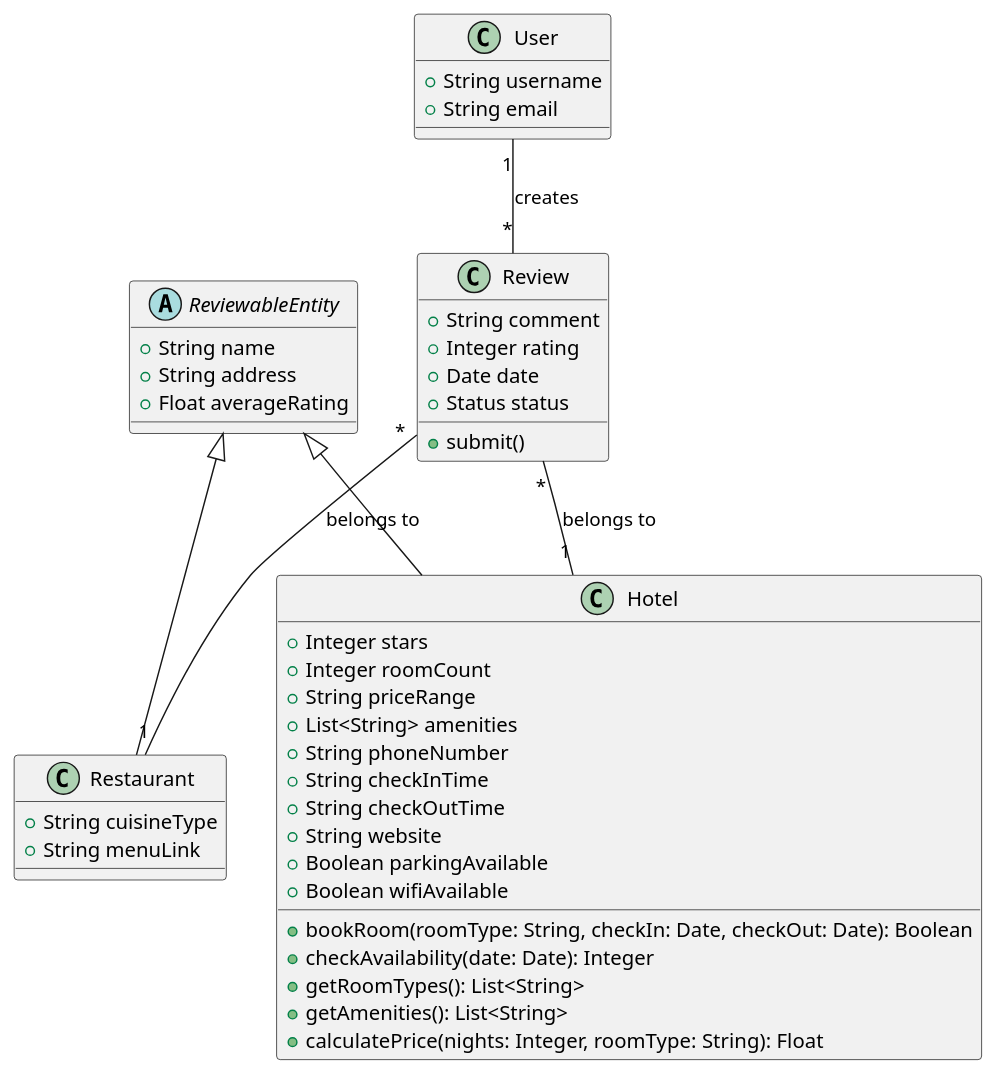
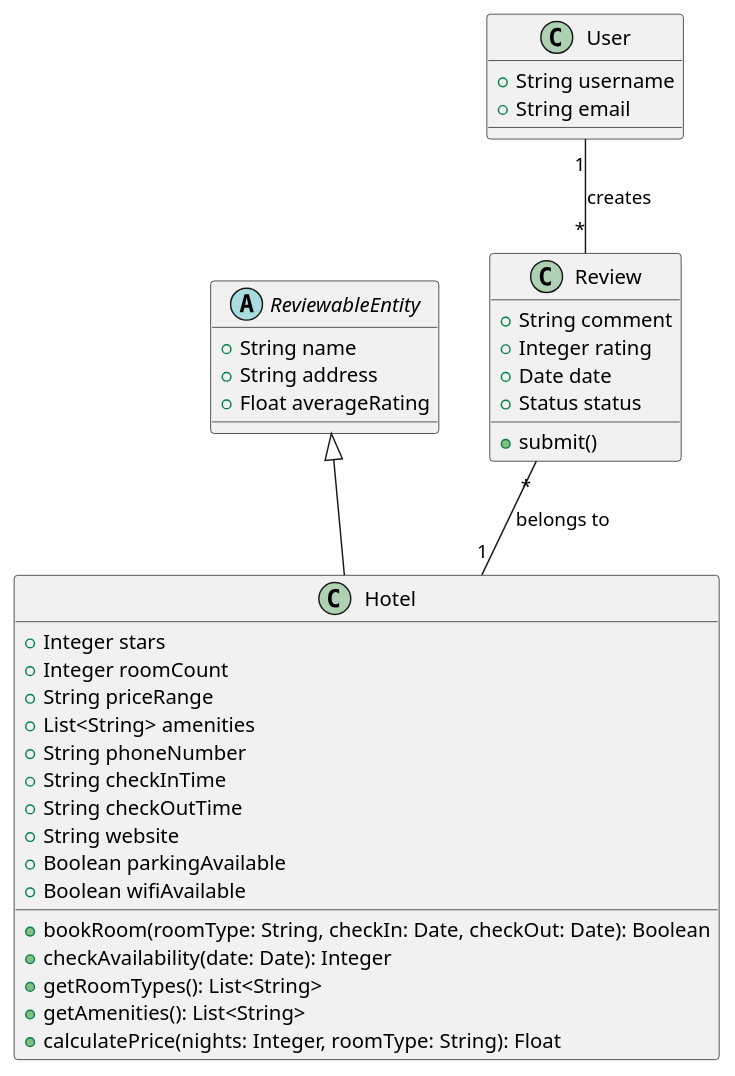
Before and after one commit to Denysko8/iot_dpz: the diagram in uml/class_diagram.puml, drawn with PlantUML. The commit also changed 2 other files, not shown here.

```diff
--- a/uml/class_diagram.puml
+++ b/uml/class_diagram.puml
@@ -1,47 +1,41 @@
 @startuml
 abstract class ReviewableEntity {
     +String name
     +String address
     +Float averageRating
-}
-
-class Restaurant extends ReviewableEntity {
-    +String cuisineType
-    +String menuLink
 }
 
 class Hotel extends ReviewableEntity {
     +Integer stars
     +Integer roomCount
     +String priceRange
     +List<String> amenities
     +String phoneNumber
     +String checkInTime
     +String checkOutTime
     +String website
     +Boolean parkingAvailable
     +Boolean wifiAvailable
     +bookRoom(roomType: String, checkIn: Date, checkOut: Date): Boolean
     +checkAvailability(date: Date): Integer
     +getRoomTypes(): List<String>
     +getAmenities(): List<String>
     +calculatePrice(nights: Integer, roomType: String): Float
 }
 
 class Review {
     +String comment
     +Integer rating
     +Date date
     +Status status
     +submit()
 }
 
 class User {
     +String username
     +String email
 }
 
 User "1" -- "*" Review : creates
-Review "*" -- "1" Restaurant : belongs to
 Review "*" -- "1" Hotel : belongs to
 @enduml
```
